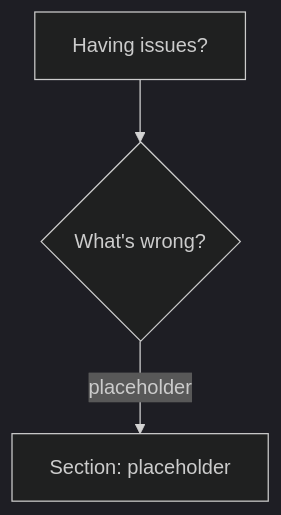
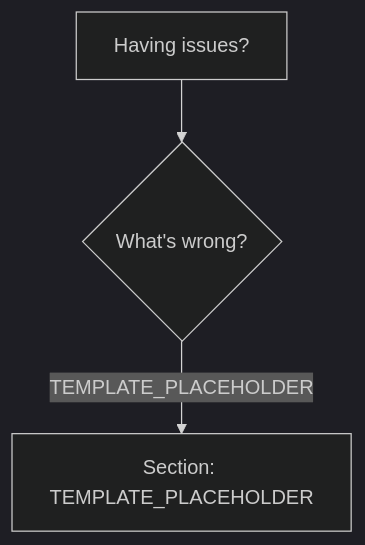
The diagram in {{cookiecutter.project_slug}}-workspace/{{cookiecutter.project_slug}}/docs/guides/troubleshooting.md (JeffreyUrban/cli-template), drawn with Mermaid (dark theme) before and after one commit. The commit also changed other lines of this file and 73 other files, not shown here.

First line of the commit message:
Claude architecture (#5)

````diff
--- a/{{cookiecutter.project_slug}}-workspace/{{cookiecutter.project_slug}}/docs/guides/troubleshooting.md
+++ b/{{cookiecutter.project_slug}}-workspace/{{cookiecutter.project_slug}}/docs/guides/troubleshooting.md
@@ -11,6 +11,6 @@
 ```mermaid
 graph TD
     A[Having issues?] --> B{What's wrong?}
 
-    B -->|placeholder| C[Section: placeholder]
+    B -->|TEMPLATE_PLACEHOLDER| C[Section: TEMPLATE_PLACEHOLDER]
 ```
````
